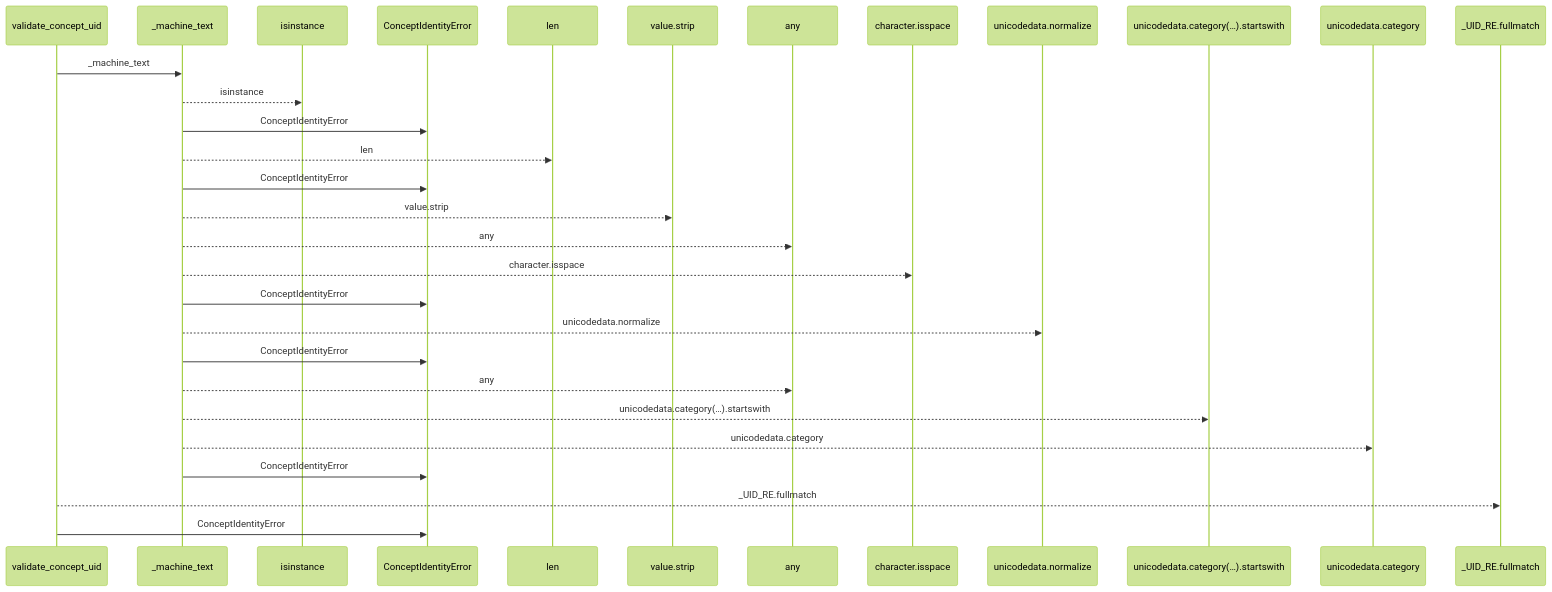
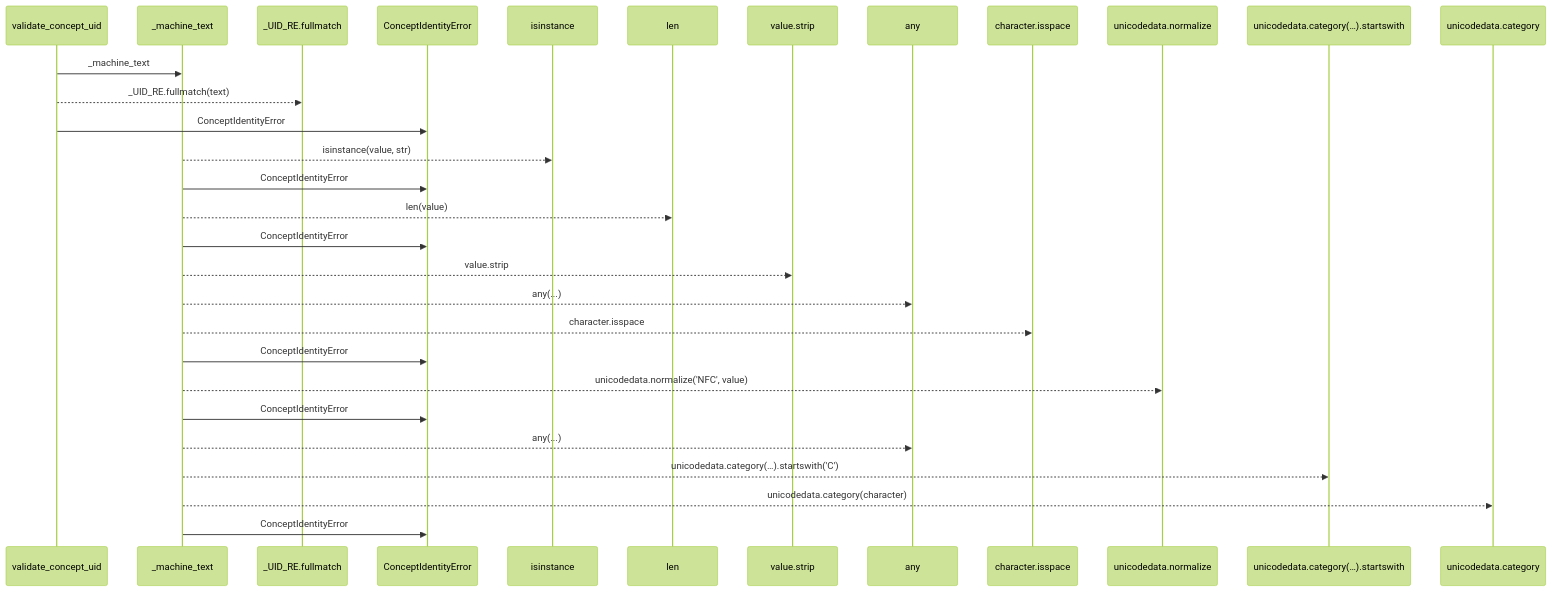
The first of 2 diagrams in docs/llm_wiki/flows/api-validate_concept_uid.md (Denissvgn/python-wiki-llm), drawn with Mermaid (forest theme) before and after one commit. The commit also changed other lines of this file and 1410 other files, not shown here.

````diff
--- a/docs/llm_wiki/flows/api-validate_concept_uid.md
+++ b/docs/llm_wiki/flows/api-validate_concept_uid.md
@@ -10,32 +12,32 @@
 ```mermaid
 sequenceDiagram
     participant p0 as validate_concept_uid
     participant p1 as _machine_text
-    participant p2 as isinstance
+    participant p2 as _UID_RE.fullmatch
     participant p3 as ConceptIdentityError
-    participant p4 as len
-    participant p5 as value.strip
-    participant p6 as any
-    participant p7 as character.isspace
-    participant p8 as unicodedata.normalize
-    participant p9 as unicodedata.category(…).startswith
-    participant p10 as unicodedata.category
-    participant p11 as _UID_RE.fullmatch
+    participant p4 as isinstance
+    participant p5 as len
+    participant p6 as value.strip
+    participant p7 as any
+    participant p8 as character.isspace
+    participant p9 as unicodedata.normalize
+    participant p10 as unicodedata.category(…).startswith
+    participant p11 as unicodedata.category
     p0->>p1: _machine_text
-    p1-->>p2: isinstance
+    p0-->>p2: _UID_RE.fullmatch(text)
+    p0->>p3: ConceptIdentityError
+    p1-->>p4: isinstance(value, str)
     p1->>p3: ConceptIdentityError
-    p1-->>p4: len
+    p1-->>p5: len(value)
     p1->>p3: ConceptIdentityError
-    p1-->>p5: value.strip
-    p1-->>p6: any
-    p1-->>p7: character.isspace
+    p1-->>p6: value.strip
+    p1-->>p7: any(...)
+    p1-->>p8: character.isspace
     p1->>p3: ConceptIdentityError
-    p1-->>p8: unicodedata.normalize
+    p1-->>p9: unicodedata.normalize('NFC', value)
     p1->>p3: ConceptIdentityError
-    p1-->>p6: any
-    p1-->>p9: unicodedata.category(…).startswith
-    p1-->>p10: unicodedata.category
+    p1-->>p7: any(...)
+    p1-->>p10: unicodedata.category(…).startswith('C')
+    p1-->>p11: unicodedata.category(character)
     p1->>p3: ConceptIdentityError
-    p0-->>p11: _UID_RE.fullmatch
-    p0->>p3: ConceptIdentityError
 ```
````
